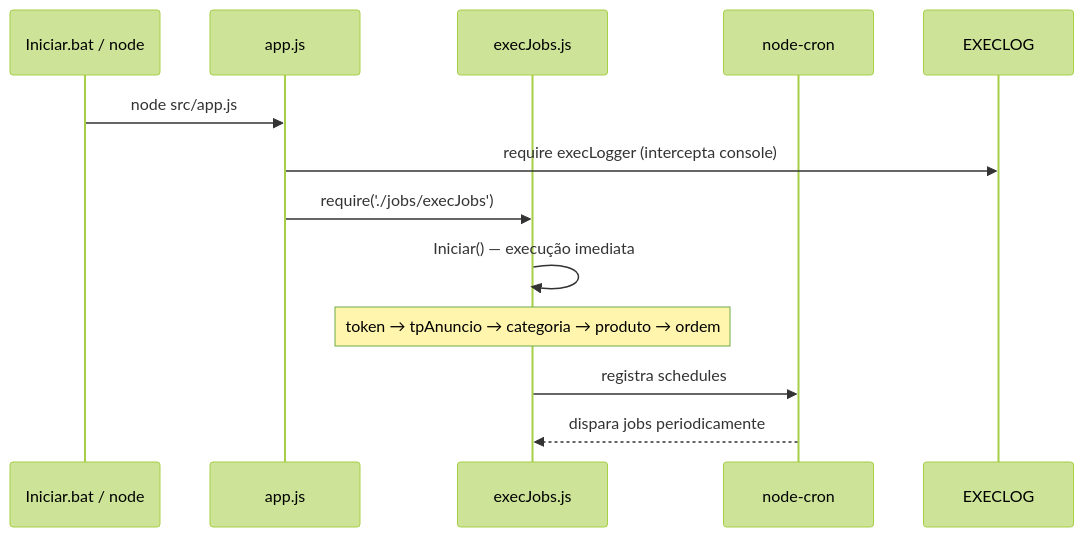
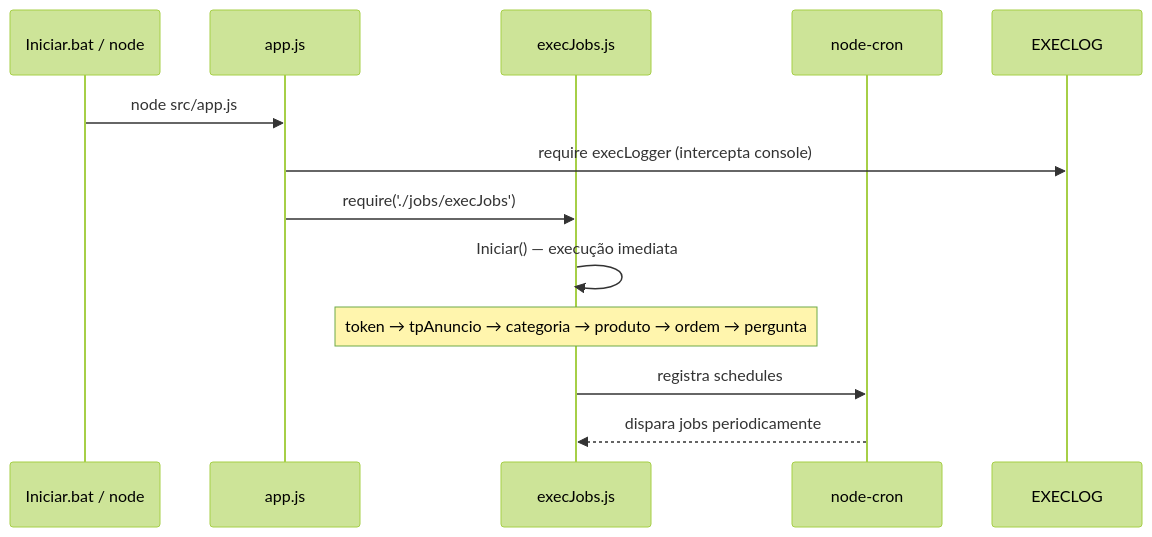
The second of 8 diagrams in .cursor/docs/ARQUITETURA.md (AfonsoJunior13/avvante-mercadolivre), drawn with Mermaid (forest theme) before and after one commit. The commit also changed other lines of this file and 34 other files, not shown here.

````diff
--- a/.cursor/docs/ARQUITETURA.md
+++ b/.cursor/docs/ARQUITETURA.md
@@ -69,15 +69,15 @@
 ```mermaid
 sequenceDiagram
     participant BAT as Iniciar.bat / node
     participant APP as app.js
     participant JOB as execJobs.js
     participant CRON as node-cron
 
     BAT->>APP: node src/app.js
     APP->>EXECLOG: require execLogger (intercepta console)
     APP->>JOB: require('./jobs/execJobs')
     JOB->>JOB: Iniciar() — execução imediata
-    Note over JOB: token → tpAnuncio → categoria → produto → ordem
+    Note over JOB: token → tpAnuncio → categoria → produto → ordem → pergunta
     JOB->>CRON: registra schedules
     CRON-->>JOB: dispara jobs periodicamente
 ```
````
